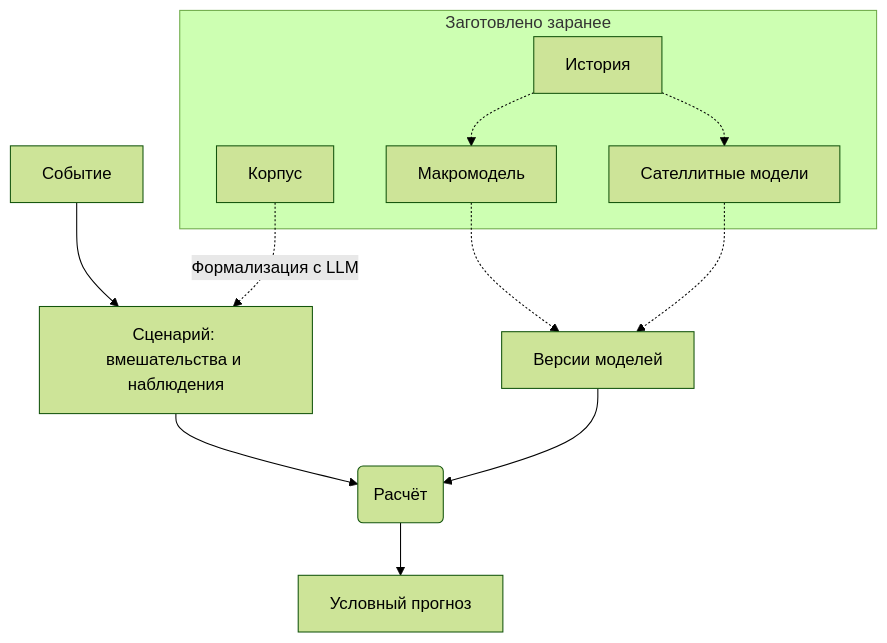
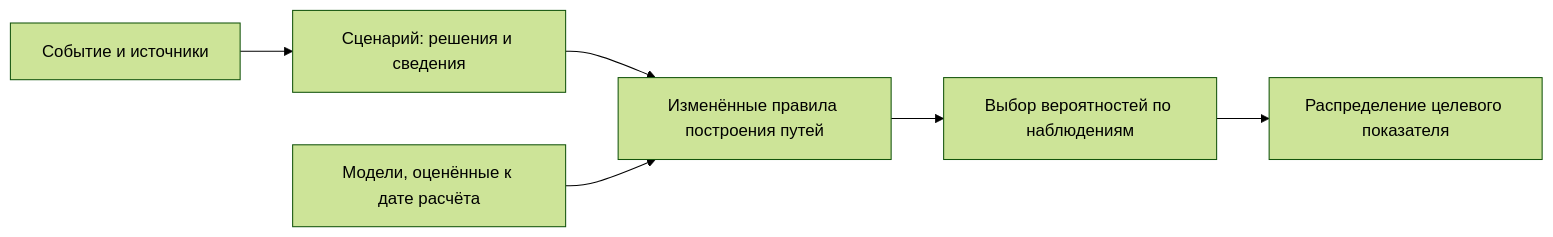
Before and after one commit to LeoLourson/MacroStress-DSH: the diagram in docs/concept/formalization.md, drawn with Mermaid (forest theme). The commit also changed other lines of this file and 73 other files, not shown here.

````diff
--- a/docs/concept/formalization.md
+++ b/docs/concept/formalization.md
@@ -5,15 +11,8 @@
 ```mermaid
-flowchart TB
-    E["Событие"] --> S["Сценарий: вмешательства и наблюдения"]
-    S --> C("Расчёт")
-    V["Версии моделей"] --> C
-    C --> R["Условный прогноз"]
-    subgraph prepared["Заготовлено заранее"]
-        K["Корпус"]
-        H["История"] -.-> M["Макромодель"]
-        H -.-> N["Сателлитные модели"]
-    end
-    K -.->|Формализация с LLM| S
-    M -.-> V
-    N -.-> V
+flowchart LR
+    E["Событие и источники"] --> S["Сценарий: решения и сведения"]
+    S --> I["Изменённые правила построения путей"]
+    M["Модели, оценённые к дате расчёта"] --> I
+    I --> O["Выбор вероятностей по наблюдениям"]
+    O --> R["Распределение целевого показателя"]
 ```
````
